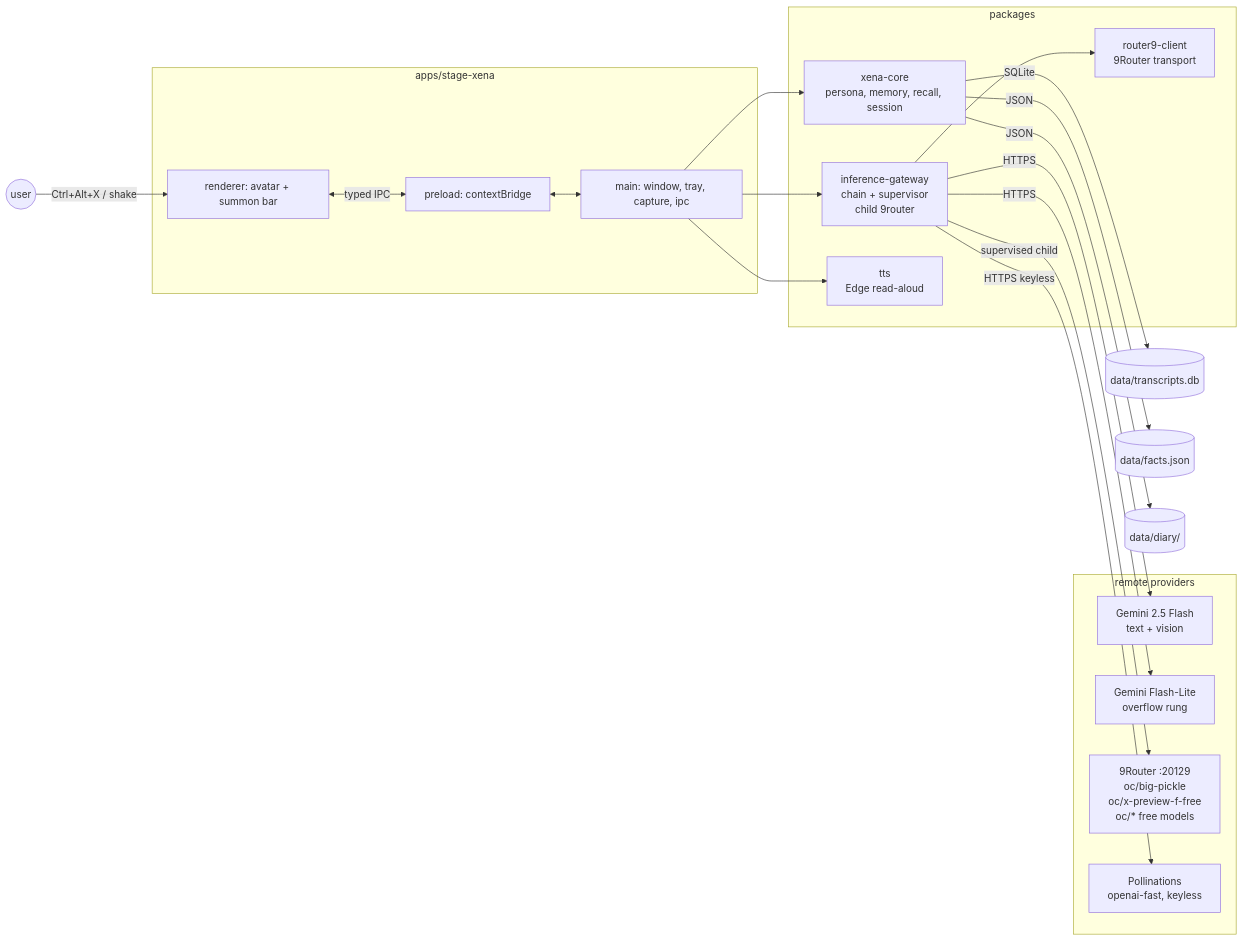
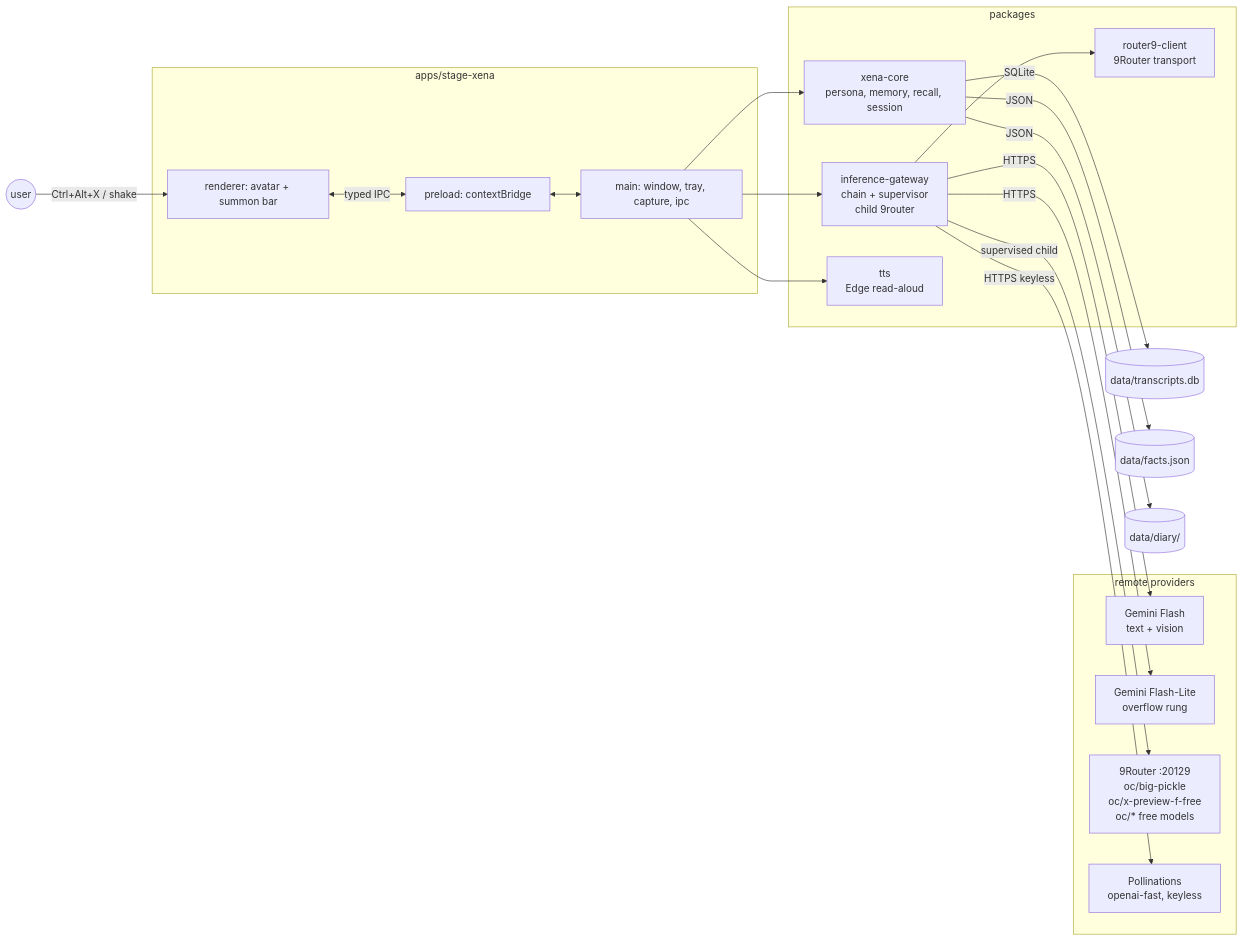
Before and after one commit to daniswastaken/xena: the diagram in README.md, drawn with Mermaid. The commit also changed other lines of this file and 4 other files, not shown here.

````diff
--- a/README.md
+++ b/README.md
@@ -146,37 +159,37 @@
 ```mermaid
 flowchart LR
   subgraph App[apps/stage-xena]
     Main[main: window, tray, capture, ipc]
     Preload[preload: contextBridge]
     Render[renderer: avatar + summon bar]
   end
 
   subgraph Core[packages]
     IG[inference-gateway\nchain + supervisor\nchild 9router]
     R9[router9-client\n9Router transport]
     XC[xena-core\npersona, memory, recall, session]
     TTS[tts\nEdge read-aloud]
   end
 
   subgraph Remote[remote providers]
-    G[Gemini 2.5 Flash\ntext + vision]
+    G[Gemini Flash\ntext + vision]
     L[Gemini Flash-Lite\noverflow rung]
     Host[9Router :20129\noc/big-pickle\noc/x-preview-f-free\noc/* free models]
     P[Pollinations\nopenai-fast, keyless]
   end
 
   User((user)) -->|Ctrl+Alt+X / shake| Render
   Render <-->|typed IPC| Preload
   Preload <--> Main
   Main --> IG
   Main --> XC
   Main --> TTS
   IG --> R9
   IG -->|HTTPS| G
   IG -->|HTTPS| L
   IG -->|supervised child| Host
   IG -->|HTTPS keyless| P
   XC -->|SQLite| Data[(data/transcripts.db)]
   XC -->|JSON| Facts[(data/facts.json)]
   XC -->|JSON| Diary[(data/diary/)]
 ```
````
